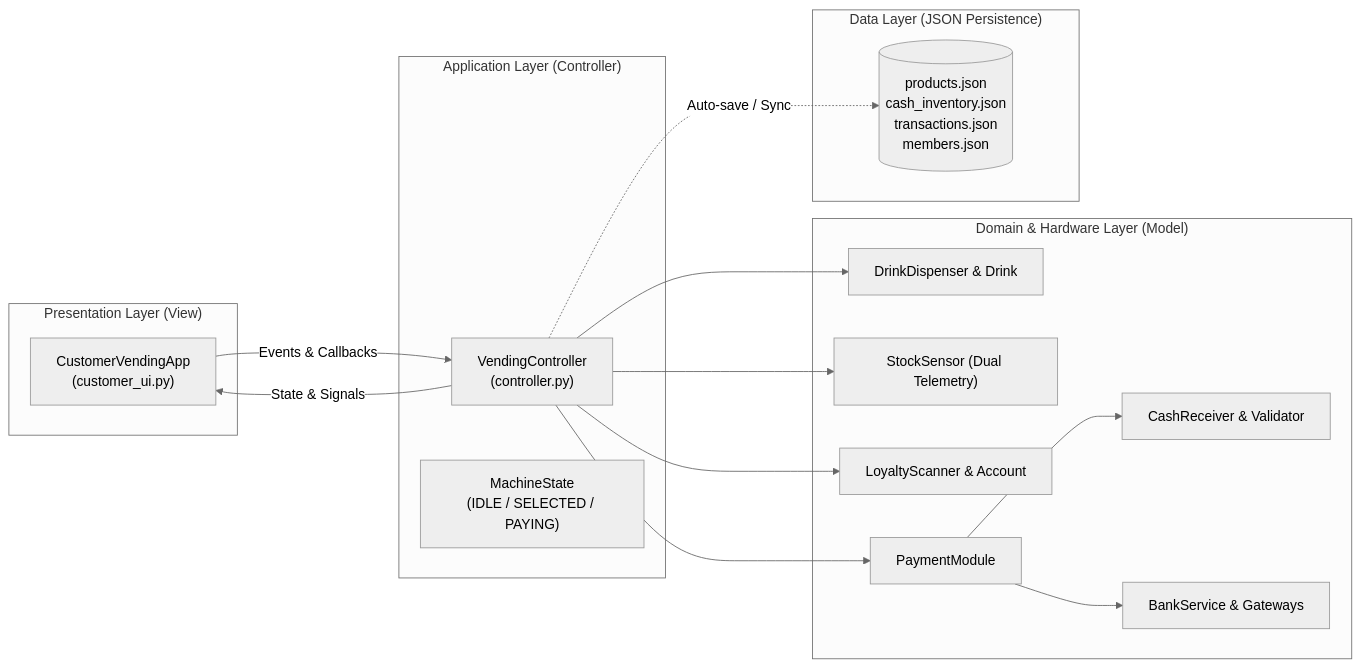
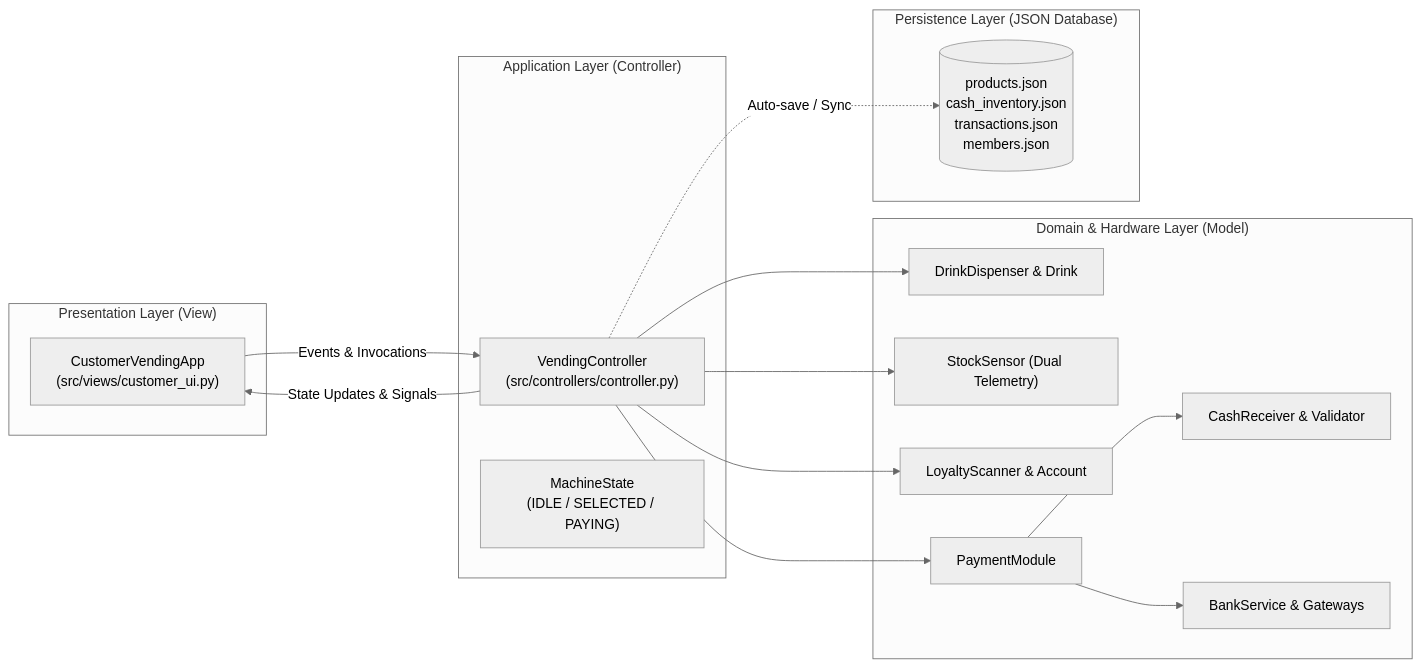
One commit to basschatchawan13327/VendingMachine changed the diagram in README.md. Above: the diagram before and after it, drawn with Mermaid (neutral theme). The commit also changed other lines of this file, not shown here.

````diff
--- a/README.md
+++ b/README.md
@@ -119,34 +121,34 @@
 ```mermaid
 graph LR
     subgraph View["Presentation Layer (View)"]
-        UI["CustomerVendingApp<br/>(customer_ui.py)"]
+        UI["CustomerVendingApp<br/>(src/views/customer_ui.py)"]
     end
 
     subgraph Controller["Application Layer (Controller)"]
-        VC["VendingController<br/>(controller.py)"]
+        VC["VendingController<br/>(src/controllers/controller.py)"]
         State["MachineState<br/>(IDLE / SELECTED / PAYING)"]
     end
 
     subgraph Model["Domain & Hardware Layer (Model)"]
         Disp["DrinkDispenser & Drink"]
         Sensor["StockSensor (Dual Telemetry)"]
         Loyalty["LoyaltyScanner & Account"]
         Pay["PaymentModule"]
         Cash["CashReceiver & Validator"]
         Bank["BankService & Gateways"]
     end
 
-    subgraph Persistence["Data Layer (JSON Persistence)"]
+    subgraph Persistence["Persistence Layer (JSON Database)"]
         DB[("products.json<br/>cash_inventory.json<br/>transactions.json<br/>members.json")]
     end
 
-    UI -->|Events & Callbacks| VC
-    VC -->|State & Signals| UI
+    UI -->|Events & Invocations| VC
+    VC -->|State Updates & Signals| UI
     VC --> Disp
     VC --> Sensor
     VC --> Loyalty
     VC --> Pay
     Pay --> Cash
     Pay --> Bank
     VC -.->|Auto-save / Sync| DB
 ```
````
